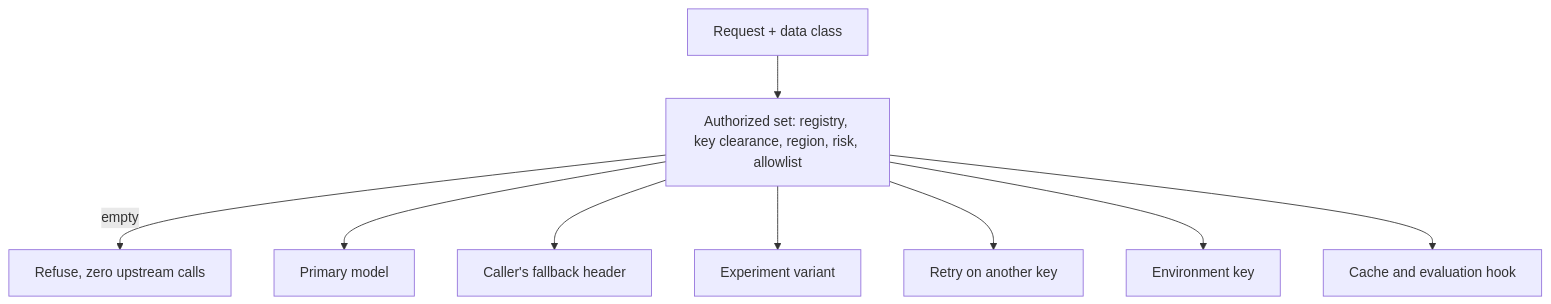
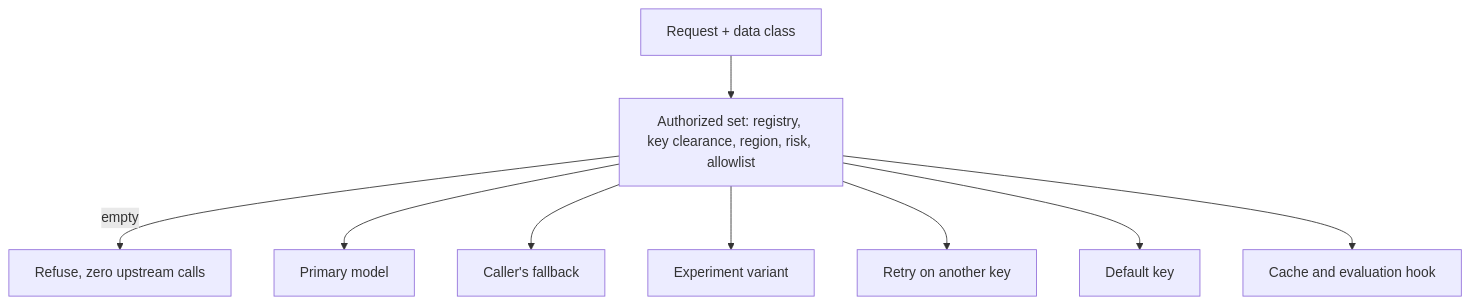
One commit to Rayyan-Oumlil/OpenProxyAI changed the diagram in docs-site/blog/2026-11-09-failover-can-leak-data.md. Above: the diagram before and after it, drawn with Mermaid. The commit also changed other lines of this file and 114 other files, not shown here.

````diff
--- a/docs-site/blog/2026-11-09-failover-can-leak-data.md
+++ b/docs-site/blog/2026-11-09-failover-can-leak-data.md
@@ -22,11 +22,11 @@
 ```mermaid
 flowchart TD
     R[Request + data class] --> S[Authorized set: registry, key clearance, region, risk, allowlist]
     S -->|empty| X[Refuse, zero upstream calls]
     S --> P[Primary model]
-    S --> F1[Caller's fallback header]
+    S --> F1[Caller's fallback]
     S --> F2[Experiment variant]
     S --> F3[Retry on another key]
-    S --> F4[Environment key]
+    S --> F4[Default key]
     S --> F5[Cache and evaluation hook]
 ```
````
